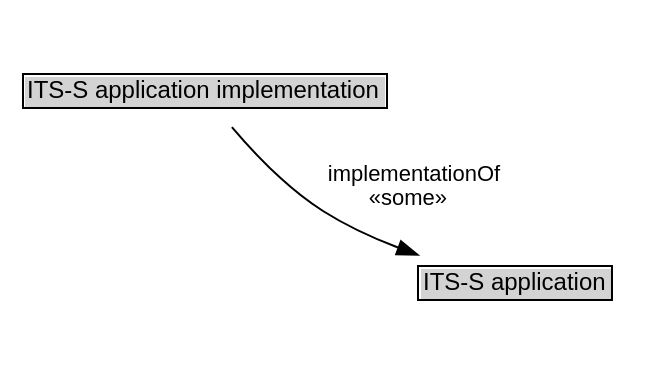
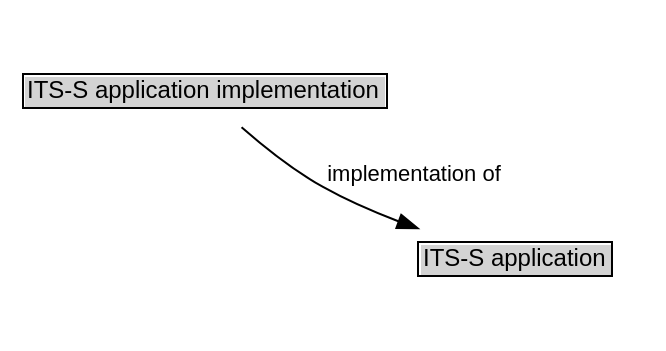
Before and after one commit to k-vaughn/iso14812: the diagram in docs/diagrams/ITS-S application implementation.dot, drawn with Graphviz. The commit also changed 3392 other files, not shown here.

```diff
--- a/docs/diagrams/ITS-S application implementation.dot
+++ b/docs/diagrams/ITS-S application implementation.dot
@@ -1,19 +1,18 @@
 // Diagram for ITS-S application implementation
 digraph {
 	graph [overlap=false rankdir=TB splines=true]
 	node [fontname=Arial fontsize=12 margin=0 shape=none]
 	edge [fontname=Arial fontsize=11]
 	{
 		rank=max
-		"ITS-S application implementation" [label=<<TABLE BORDER="1" CELLBORDER="0" CELLSPACING="0" CELLPADDING="1"><TR><TD BGCOLOR="lightgray" ALIGN="CENTER" PORT="e">ITS-S application implementation</TD></TR></TABLE>> URL="../classes/itsVocabulary__ITS-S application implementation.md" margin=0]
+		"ITS-S application implementation" [label=<<TABLE BORDER="1" CELLBORDER="0" CELLSPACING="0" CELLPADDING="1"><TR><TD BGCOLOR="lightgray" ALIGN="CENTER" PORT="e">ITS-S application implementation</TD></TR></TABLE>> margin=0]
 	}
 	subgraph cluster_associated {
 		label="" style=invis
 		Invis [label=<<TABLE BORDER="0" CELLBORDER="0" CELLSPACING="0" CELLPADDING="1"><TR><TD></TD></TR></TABLE>> margin=0 style=invis]
-		"its-sApplication" [label=<<TABLE BORDER="1" CELLBORDER="0" CELLSPACING="0" CELLPADDING="1"><TR><TD BGCOLOR="lightgray" ALIGN="CENTER">ITS-S application</TD></TR></TABLE>> URL="../ITS-S application/" margin=0 target=_top]
+		"its-sApplication" [label=<<TABLE BORDER="1" CELLBORDER="0" CELLSPACING="0" CELLPADDING="1"><TR><TD BGCOLOR="lightgray" ALIGN="CENTER">ITS-S application</TD></TR></TABLE>> URL="../terms/ITS-S application/" margin=0 target=_top]
 	}
 	"ITS-S application implementation" -> Invis [style=invis]
 	Invis -> "its-sApplication" [style=invis]
-	"ITS-S application implementation" -> "its-sApplication" [label=" implementationOf 
- «some»  " arrowhead=normal style=solid]
+	"ITS-S application implementation" -> "its-sApplication" [label=" implementation of " arrowhead=normal style=solid]
 }
```
